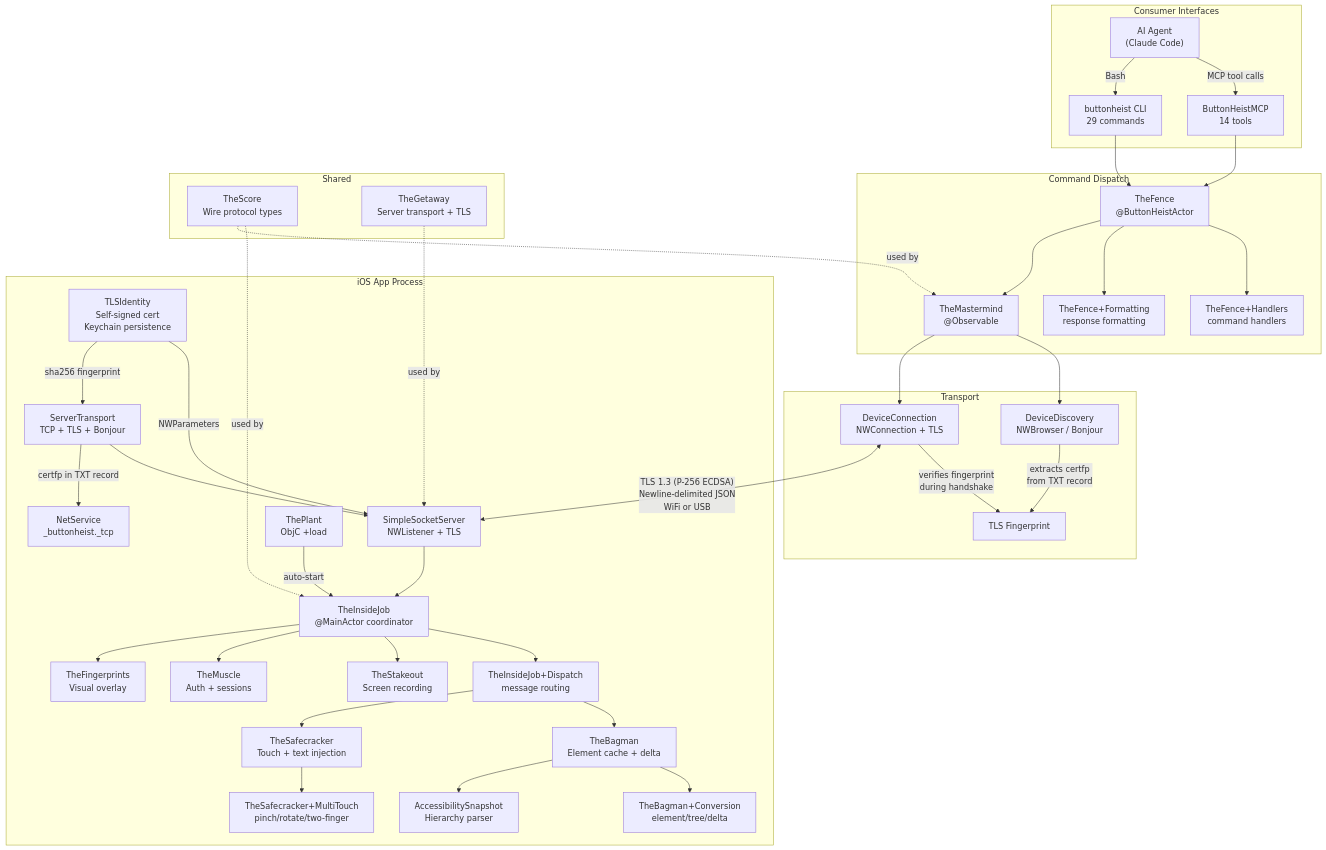
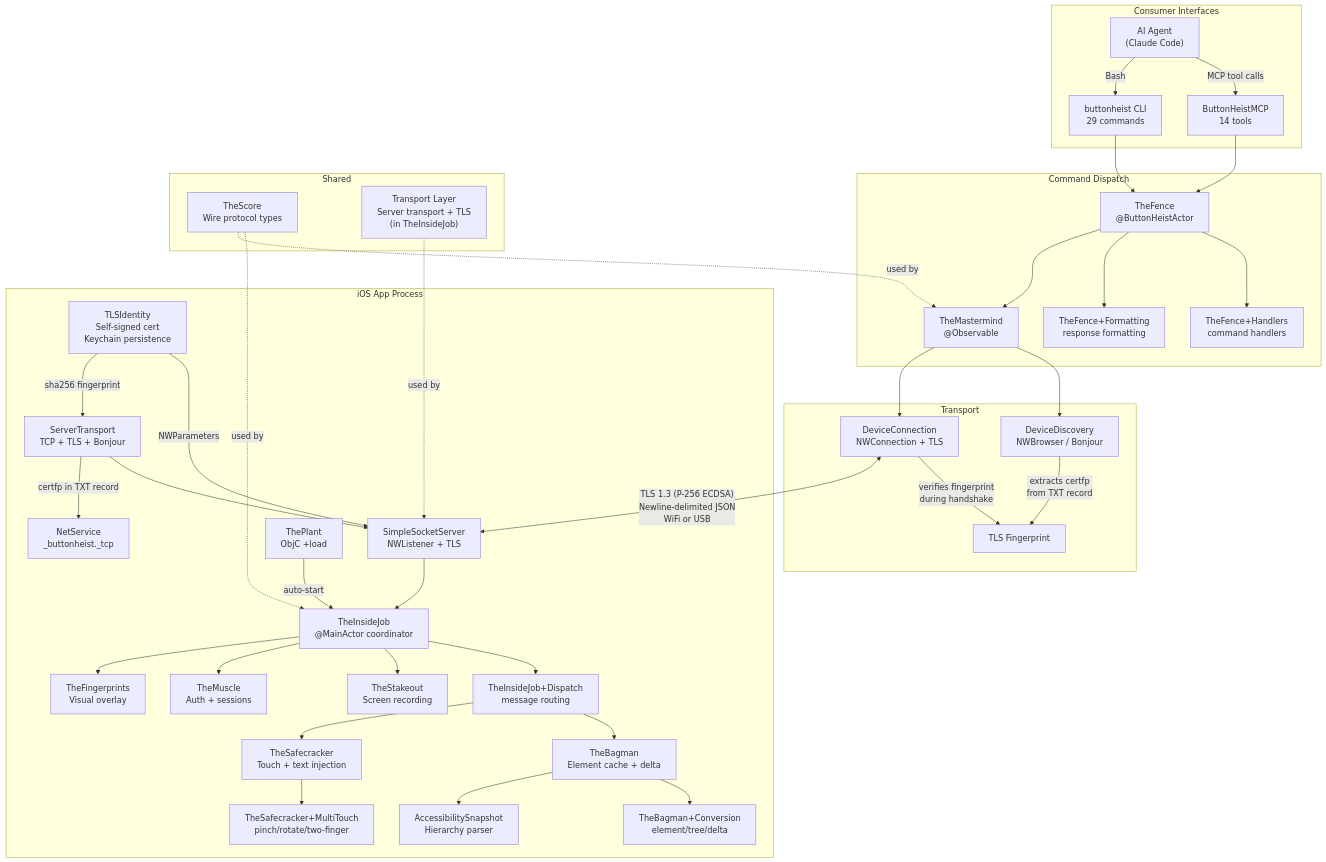
Before and after one commit to RoyalPineapple/TheButtonHeist: the diagram in .rp1/context/architecture.md, drawn with Mermaid. The commit also changed other lines of this file and 10 other files, not shown here.

````diff
--- a/.rp1/context/architecture.md
+++ b/.rp1/context/architecture.md
@@ -7,51 +7,51 @@
 ```mermaid
 graph TB
     subgraph consumers["Consumer Interfaces"]
         Agent["AI Agent<br/>(Claude Code)"] -->|MCP tool calls| MCP["ButtonHeistMCP<br/>14 tools"]
         Agent -->|Bash| CLI["buttonheist CLI<br/>29 commands"]
     end
 
     subgraph dispatch["Command Dispatch"]
         MCP --> TF["TheFence<br/>@ButtonHeistActor"]
         CLI --> TF
         TF --> TFH["TheFence+Handlers<br/>command handlers"]
         TF --> TFF["TheFence+Formatting<br/>response formatting"]
         TF --> TM["TheMastermind<br/>@Observable"]
     end
 
     subgraph transport["Transport"]
         TM --> DD["DeviceDiscovery<br/>NWBrowser / Bonjour"]
         DD -->|extracts certfp<br/>from TXT record| FP["TLS Fingerprint"]
         TM --> DC["DeviceConnection<br/>NWConnection + TLS"]
         DC -->|verifies fingerprint<br/>during handshake| FP
     end
 
     DC <-->|"TLS 1.3 (P-256 ECDSA)<br/>Newline-delimited JSON<br/>WiFi or USB"| SS
 
     subgraph ios["iOS App Process"]
         TLSI["TLSIdentity<br/>Self-signed cert<br/>Keychain persistence"] -->|NWParameters| SS
         TLSI -->|sha256 fingerprint| ST
         SS["SimpleSocketServer<br/>NWListener + TLS"] --> IJ["TheInsideJob<br/>@MainActor coordinator"]
         ST["ServerTransport<br/>TCP + TLS + Bonjour"] --> SS
         ST -->|certfp in TXT record| Bonjour["NetService<br/>_buttonheist._tcp"]
         IJ --> IJD["TheInsideJob+Dispatch<br/>message routing"]
         IJD --> TBag["TheBagman<br/>Element cache + delta"]
         IJD --> TSC["TheSafecracker<br/>Touch + text injection"]
         TBag --> TBC["TheBagman+Conversion<br/>element/tree/delta"]
         TSC --> TSCM["TheSafecracker+MultiTouch<br/>pinch/rotate/two-finger"]
         IJ --> TSt["TheStakeout<br/>Screen recording"]
         IJ --> TMu["TheMuscle<br/>Auth + sessions"]
         IJ --> TFP["TheFingerprints<br/>Visual overlay"]
         TP["ThePlant<br/>ObjC +load"] -->|auto-start| IJ
         TBag --> ASP["AccessibilitySnapshot<br/>Hierarchy parser"]
     end
 
     subgraph shared["Shared"]
         TS["TheScore<br/>Wire protocol types"]
-        TG["TheGetaway<br/>Server transport + TLS"]
+        TG["Transport Layer<br/>Server transport + TLS<br/>(in TheInsideJob)"]
     end
 
     TS -.->|used by| IJ
     TS -.->|used by| TM
     TG -.->|used by| SS
 ```
````
